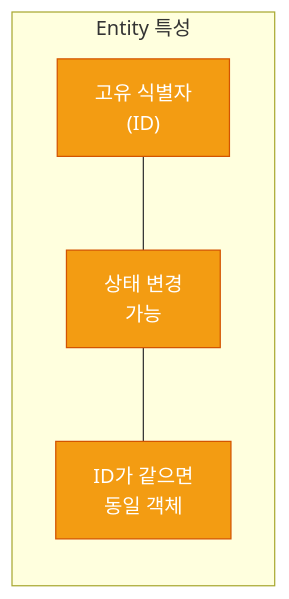
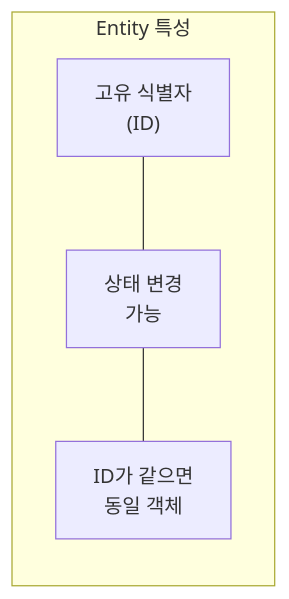
One commit to yjkim2015/yjkim2015.github.io changed the fourth of 7 diagrams in _posts/architecture/2026-05-01-ddd.md. Above: the diagram before and after it, drawn with Mermaid. The commit also changed other lines of this file and 215 other files, not shown here.

First line of the commit message:
신규 포스트 10개 추가 + Mermaid 전면 축소 + SystemDesign 시리즈 보강

````diff
--- a/_posts/architecture/2026-05-01-ddd.md
+++ b/_posts/architecture/2026-05-01-ddd.md
@@ -180,14 +132,10 @@
 ```mermaid
 graph LR
     subgraph "Entity 특성"
         ID["고유 식별자\n(ID)"]
         STATE["상태 변경\n가능"]
         EQUAL["ID가 같으면\n동일 객체"]
     end
-
     ID --- STATE
     STATE --- EQUAL
-
-    classDef feature fill:#F39C12,stroke:#D35400,color:#fff
-    class ID,STATE,EQUAL feature
 ```
````
